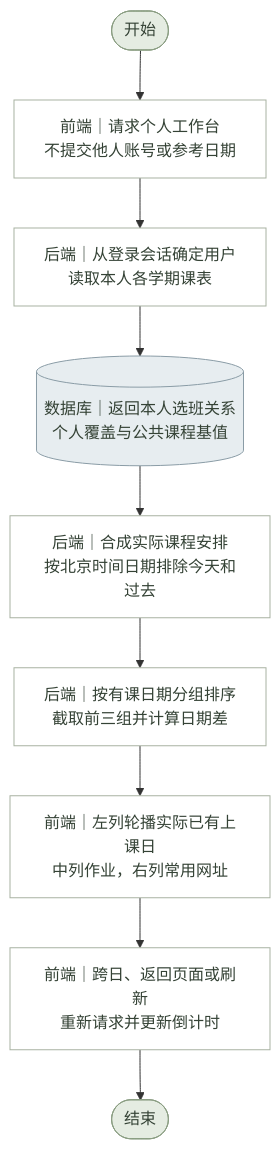
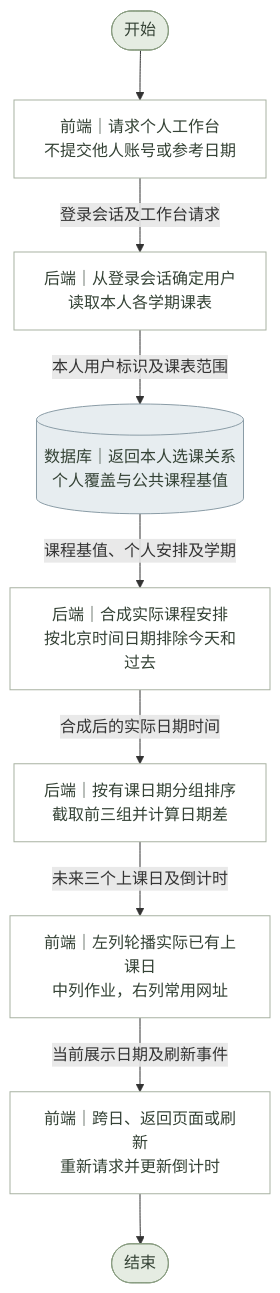
The diagram in 需求文档/课表功能/流程图源文件/系统流程图/个人工作台与后续上课日.mmd (lichen-lc123/class-assistant), drawn with Mermaid before and after one commit. The commit also changed 149 other files, not shown here.

```diff
--- a/需求文档/课表功能/流程图源文件/系统流程图/个人工作台与后续上课日.mmd
+++ b/需求文档/课表功能/流程图源文件/系统流程图/个人工作台与后续上课日.mmd
@@ -1,33 +1,33 @@
 %% 个人工作台与后续上课日 · 系统流程图 · V1.0 · 2026-11-02
 flowchart TD
     N0(["开始"])
     N1["前端｜请求个人工作台<br/>不提交他人账号或参考日期"]
     N2["后端｜从登录会话确定用户<br/>读取本人各学期课表"]
-    N3[("数据库｜返回本人选班关系<br/>个人覆盖与公共课程基值")]
+    N3[("数据库｜返回本人选课关系<br/>个人覆盖与公共课程基值")]
     N4["后端｜合成实际课程安排<br/>按北京时间日期排除今天和过去"]
     N5["后端｜按有课日期分组排序<br/>截取前三组并计算日期差"]
     N6["前端｜左列轮播实际已有上课日<br/>中列作业，右列常用网址"]
     N7["前端｜跨日、返回页面或刷新<br/>重新请求并更新倒计时"]
     N8(["结束"])
     N0 --> N1
-    N1 --> N2
-    N2 --> N3
-    N3 --> N4
-    N4 --> N5
-    N5 --> N6
-    N6 --> N7
+    N1 -->|登录会话及工作台请求| N2
+    N2 -->|本人用户标识及课表范围| N3
+    N3 -->|课程基值、个人安排及学期| N4
+    N4 -->|合成后的实际日期时间| N5
+    N5 -->|未来三个上课日及倒计时| N6
+    N6 -->|当前展示日期及刷新事件| N7
     N7 --> N8
     classDef normal fill:#FFFFFF,stroke:#A8B2A2,color:#344235;
     classDef decision fill:#F0ECE2,stroke:#A69B83,color:#344235;
     classDef terminal fill:#E5ECE2,stroke:#8A9D82,color:#344235;
     classDef exception fill:#F2EAE6,stroke:#B09B91,color:#344235;
     classDef database fill:#E7EDF0,stroke:#8A9CA6,color:#344235;
     class N0 terminal;
     class N1 normal;
     class N2 normal;
     class N3 database;
     class N4 normal;
     class N5 normal;
     class N6 normal;
     class N7 normal;
     class N8 terminal;
```
